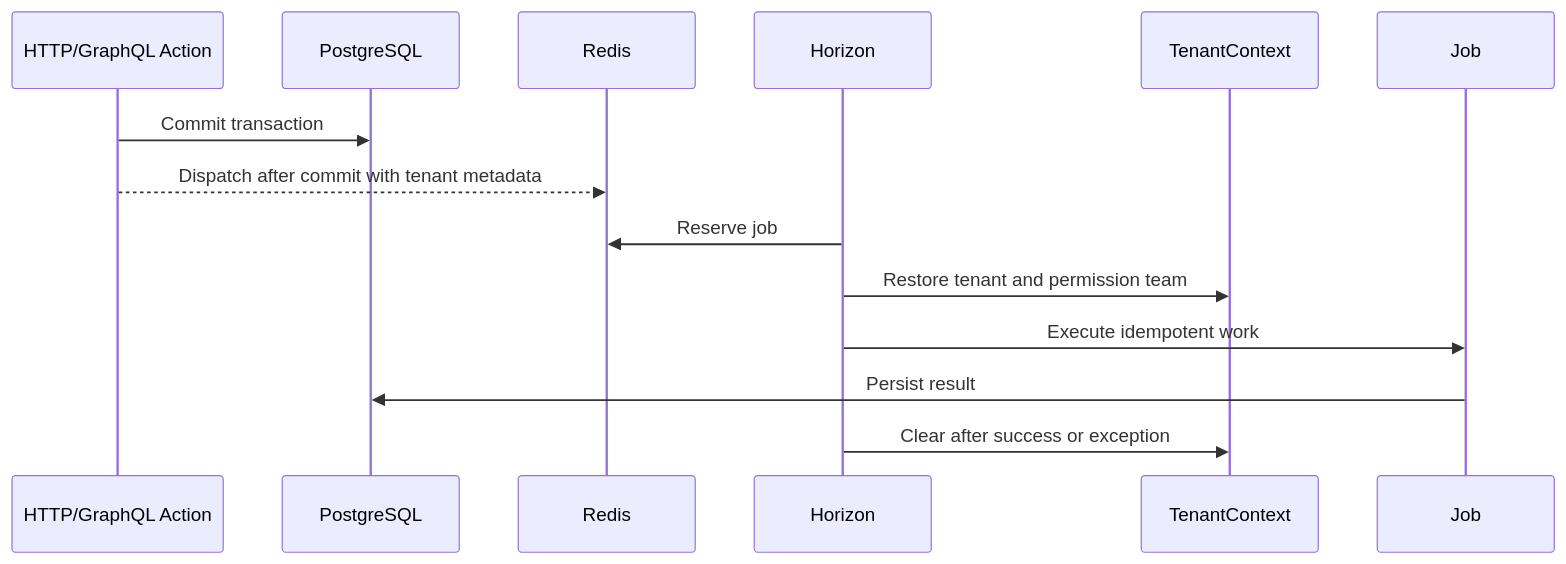
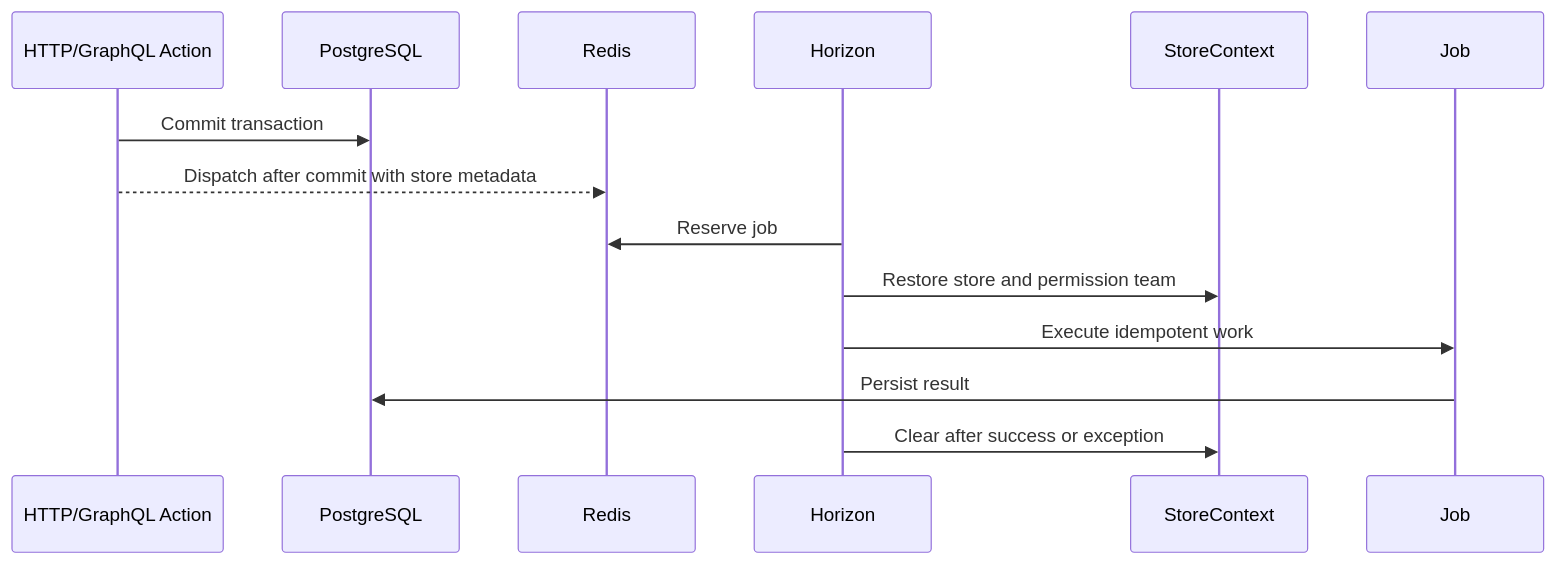
Before and after one commit to fzeeso/shopnxebk: the fourth of 4 diagrams in docs/developer-guide.md, drawn with Mermaid. The commit also changed other lines of this file and 145 other files, not shown here.

````diff
--- a/docs/developer-guide.md
+++ b/docs/developer-guide.md
@@ -193,17 +296,17 @@
 ```mermaid
 sequenceDiagram
     participant HTTP as HTTP/GraphQL Action
     participant DB as PostgreSQL
     participant Redis
     participant Horizon
-    participant Tenant as TenantContext
+    participant Store as StoreContext
     participant Job
 
     HTTP->>DB: Commit transaction
-    HTTP-->>Redis: Dispatch after commit with tenant metadata
+    HTTP-->>Redis: Dispatch after commit with store metadata
     Horizon->>Redis: Reserve job
-    Horizon->>Tenant: Restore tenant and permission team
+    Horizon->>Store: Restore store and permission team
     Horizon->>Job: Execute idempotent work
     Job->>DB: Persist result
-    Horizon->>Tenant: Clear after success or exception
+    Horizon->>Store: Clear after success or exception
 ```
````
